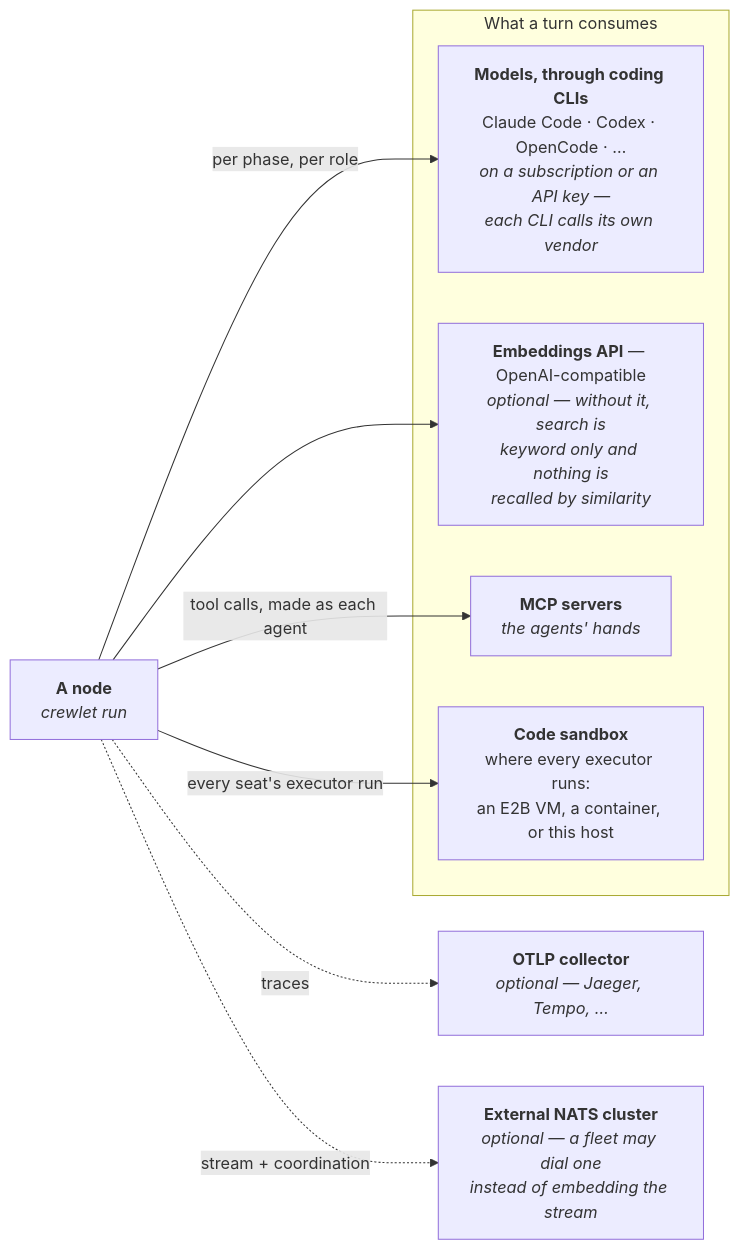
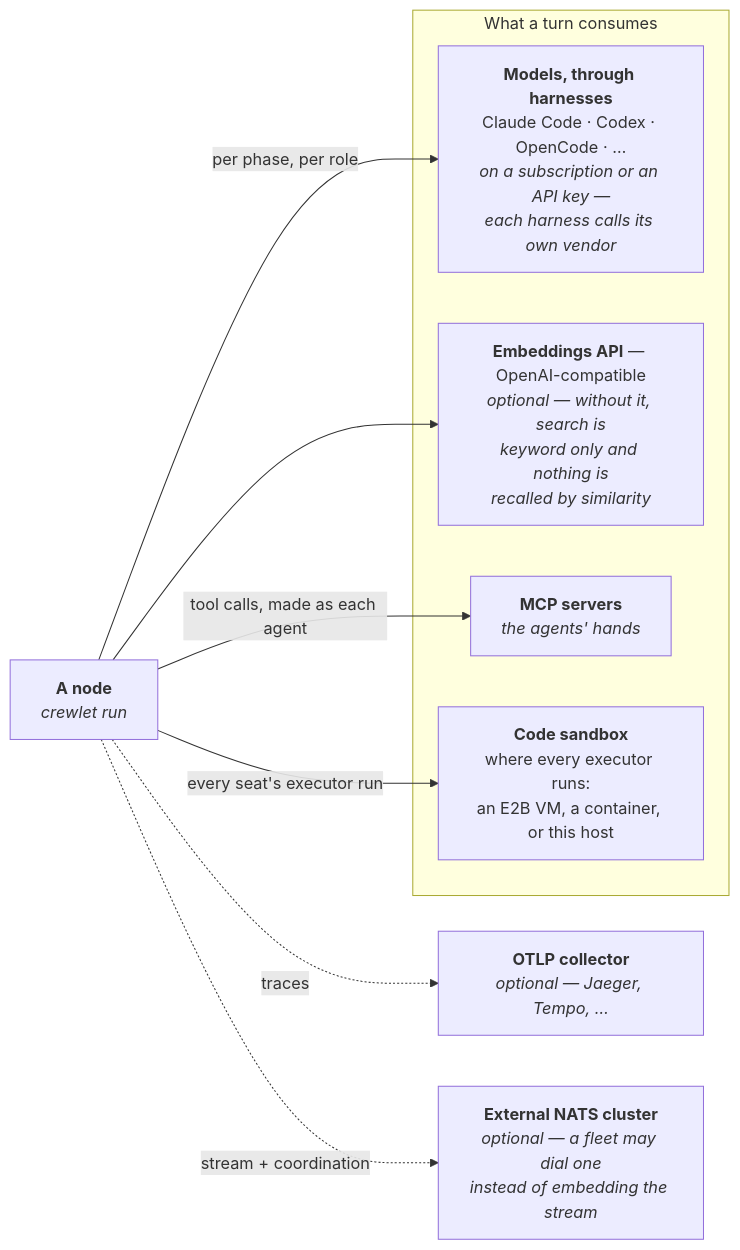
One commit to crewlet/crewlet changed the second of 10 diagrams in docs/concepts/architecture.md. Above: the diagram before and after it, drawn with Mermaid. The commit also changed other lines of this file and 64 other files, not shown here.

First line of the commit message:
docs(docs): say harness where the docs said coding CLI

````diff
--- a/docs/concepts/architecture.md
+++ b/docs/concepts/architecture.md
@@ -62,21 +62,21 @@
 ```mermaid
 flowchart LR
     NODE["<b>A node</b><br/><i>crewlet run</i>"]
 
     subgraph supply["What a turn consumes"]
-        LLM["<b>Models, through coding CLIs</b><br/>Claude Code · Codex · OpenCode · …<br/><i>on a subscription or an API key —<br/>each CLI calls its own vendor</i>"]
+        LLM["<b>Models, through harnesses</b><br/>Claude Code · Codex · OpenCode · …<br/><i>on a subscription or an API key —<br/>each harness calls its own vendor</i>"]
         EMB["<b>Embeddings API</b> — OpenAI-compatible<br/><i>optional — without it, search is<br/>keyword only and nothing is<br/>recalled by similarity</i>"]
         MCPS["<b>MCP servers</b><br/><i>the agents' hands</i>"]
         BOX["<b>Code sandbox</b><br/>where every executor runs:<br/>an E2B VM, a container, or this host"]
     end
 
     OTEL["<b>OTLP collector</b><br/><i>optional — Jaeger, Tempo, …</i>"]
     NATS["<b>External NATS cluster</b><br/><i>optional — a fleet may dial one<br/>instead of embedding the stream</i>"]
 
     NODE -->|"per phase, per role"| LLM
     NODE --> EMB
     NODE -->|"tool calls, made as each agent"| MCPS
     NODE -->|"every seat's executor run"| BOX
     NODE -.->|traces| OTEL
     NODE -.->|"stream + coordination"| NATS
 ```
````
